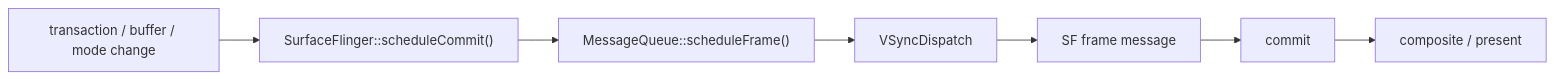
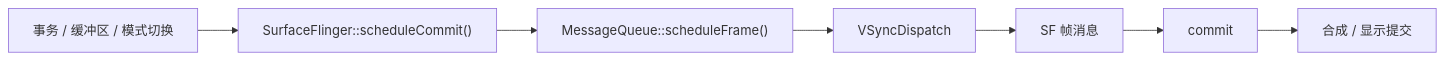
The third of 4 diagrams in src/part1-fundamentals/ch02-rendering/23-vsync-scheduler-displayframerate.md (Gracker/android-internals-wiki), drawn with Mermaid before and after one commit. The commit also changed other lines of this file and 4 other files, not shown here.

````diff
--- a/src/part1-fundamentals/ch02-rendering/23-vsync-scheduler-displayframerate.md
+++ b/src/part1-fundamentals/ch02-rendering/23-vsync-scheduler-displayframerate.md
@@ -279,9 +279,9 @@
 ```mermaid
 flowchart LR
-    CHANGE["transaction / buffer / mode change"] --> SC["SurfaceFlinger::scheduleCommit()"]
+    CHANGE["事务 / 缓冲区 / 模式切换"] --> SC["SurfaceFlinger::scheduleCommit()"]
     SC --> SFQ["MessageQueue::scheduleFrame()"]
     SFQ --> DIS["VSyncDispatch"]
-    DIS --> MSG["SF frame message"]
+    DIS --> MSG["SF 帧消息"]
     MSG --> COMMIT["commit"]
-    COMMIT --> COMP["composite / present"]
+    COMMIT --> COMP["合成 / 显示提交"]
 ```
````
